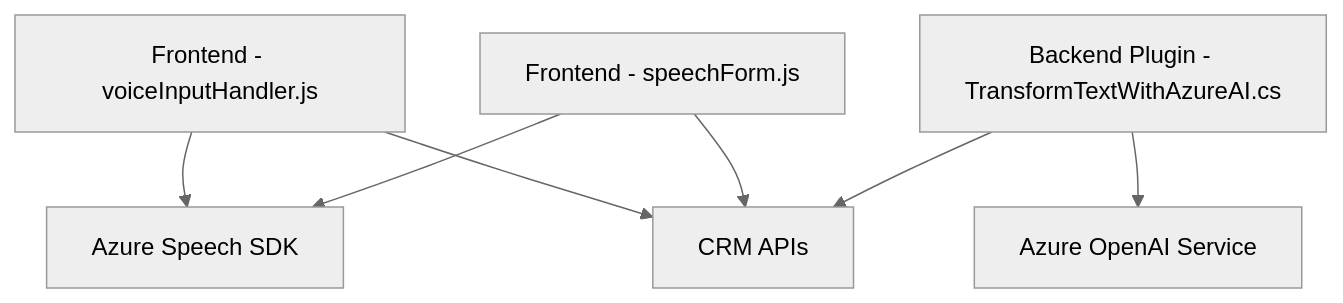
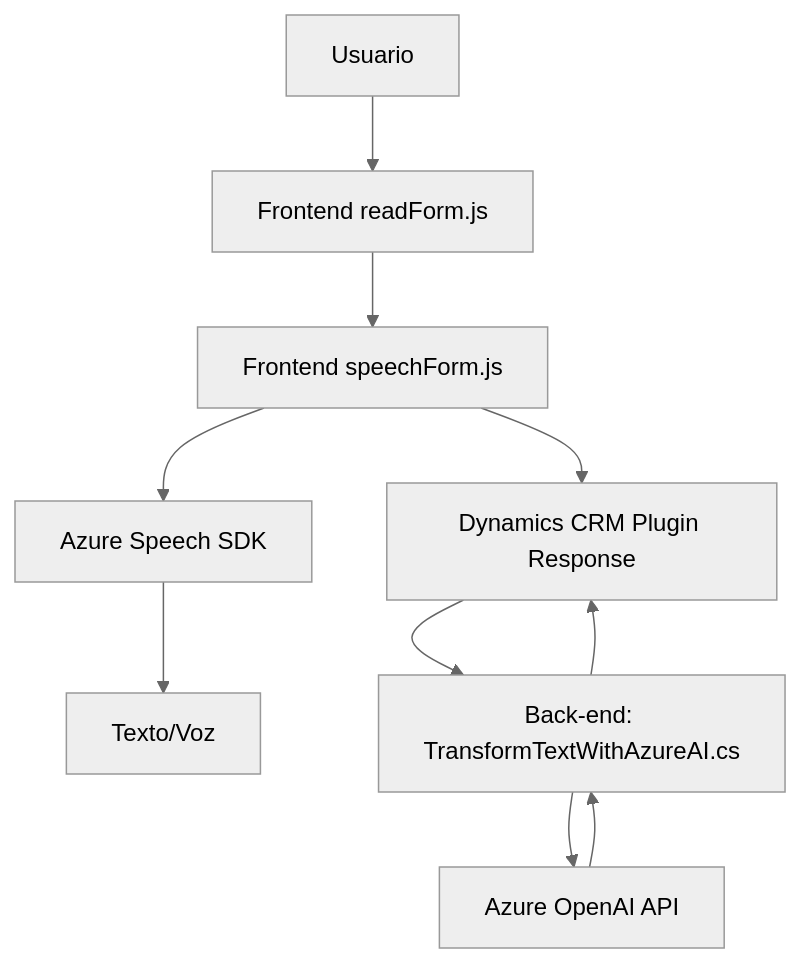
The diagram in README.md (blopezdm/NETCORE_BILBAO2025), drawn with Mermaid (neutral theme) before and after one commit. The commit also changed other lines of this file, not shown here.

````diff
--- a/README.md
+++ b/README.md
@@ -37,16 +44,12 @@
 ```mermaid
 graph TD
-  A[Frontend - voiceInputHandler.js]
-  B[Frontend - speechForm.js]
-  C[Backend Plugin - TransformTextWithAzureAI.cs]
-  D[Azure Speech SDK]
-  E[Azure OpenAI Service]
-  F[CRM APIs]
-
-  A --> D
-  A --> F
-  B --> D
-  B --> F
-  C --> F
-  C --> E
+    A[Usuario] --> B["Frontend readForm.js"]
+    B --> C["Frontend speechForm.js"]
+    C --> D["Azure Speech SDK"]
+    D --> E["Texto/Voz"]
+    C --> F["Dynamics CRM WebAPI"]
+    F --> G["Back-end: TransformTextWithAzureAI.cs"]
+    G --> H["Azure OpenAI API"]
+    H --> G
+    G --> F["Dynamics CRM Plugin Response"]
 ```
````
